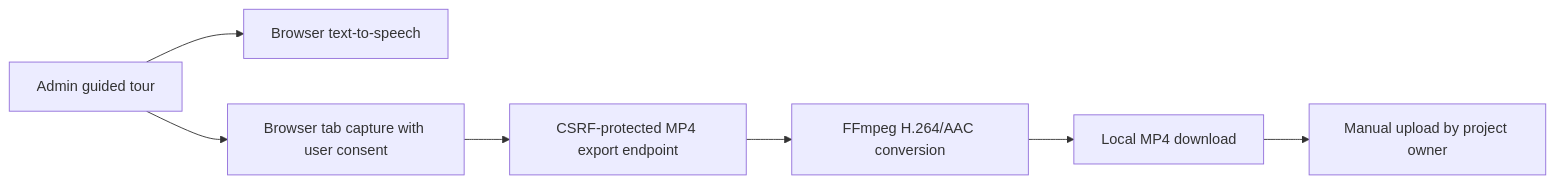
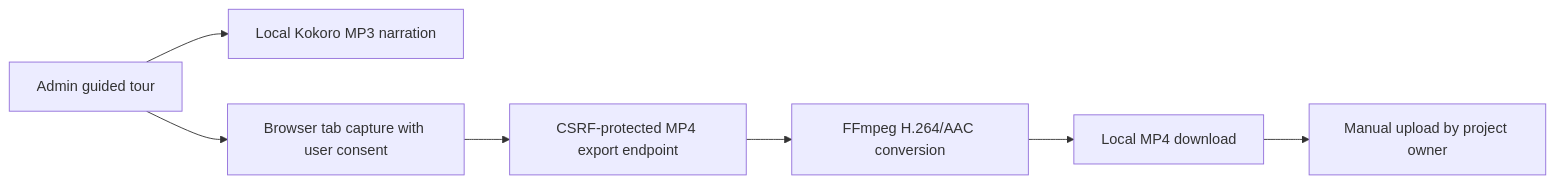
Before and after one commit to achouvardas/myaade: the fifth of 5 diagrams in docs/ARCHITECTURE.md, drawn with Mermaid. The commit also changed 8 other files, not shown here.

Commit message:
feat: use local Kokoro demo narration

````diff
--- a/docs/ARCHITECTURE.md
+++ b/docs/ARCHITECTURE.md
@@ -76,9 +76,9 @@
 ```mermaid
 flowchart LR
-  Guide[Admin guided tour] --> TTS[Browser text-to-speech]
+  Guide[Admin guided tour] --> TTS[Local Kokoro MP3 narration]
   Guide --> Capture[Browser tab capture with user consent]
   Capture --> Upload[CSRF-protected MP4 export endpoint]
   Upload --> FFmpeg[FFmpeg H.264/AAC conversion]
   FFmpeg --> Download[Local MP4 download]
   Download --> YouTube[Manual upload by project owner]
 ```
````
